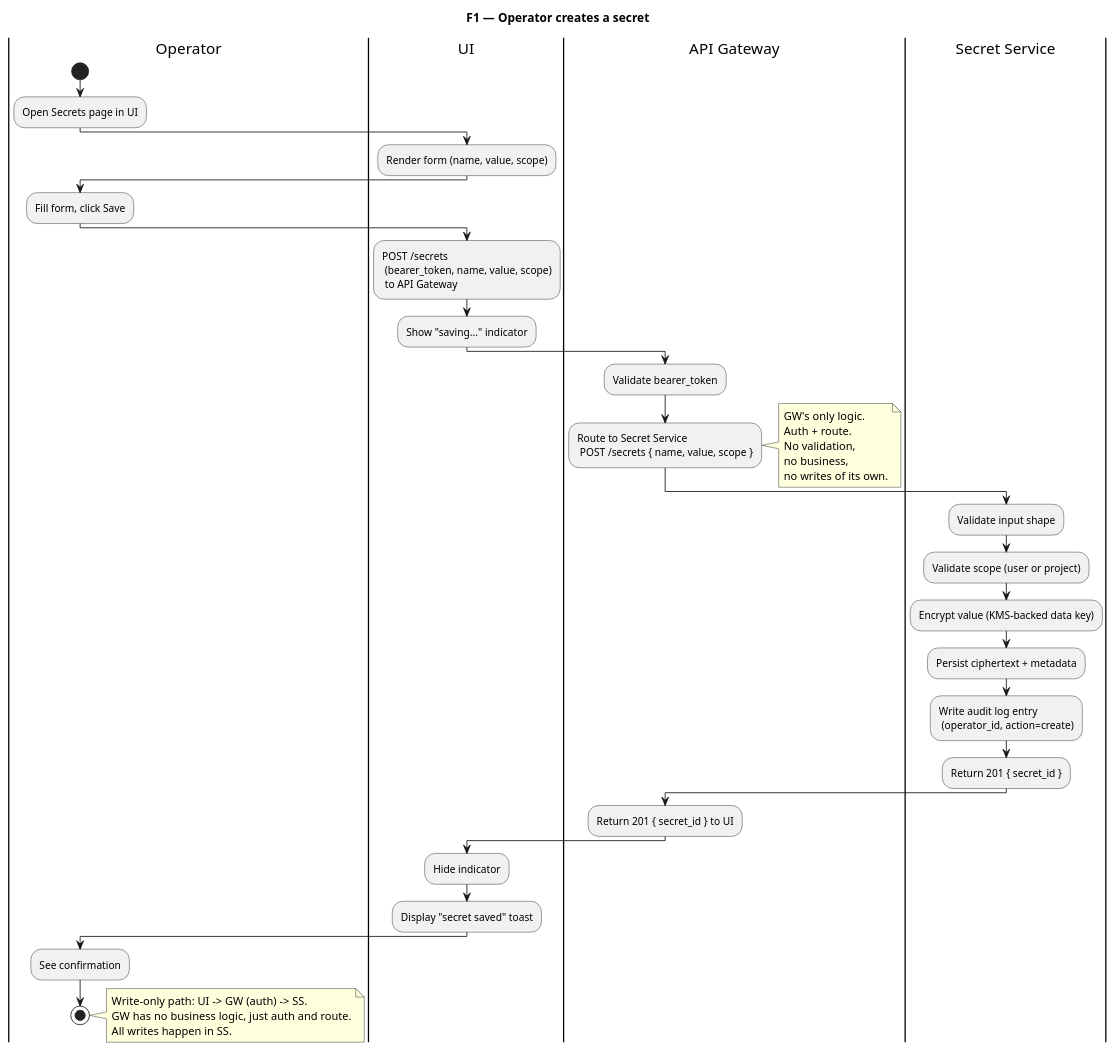
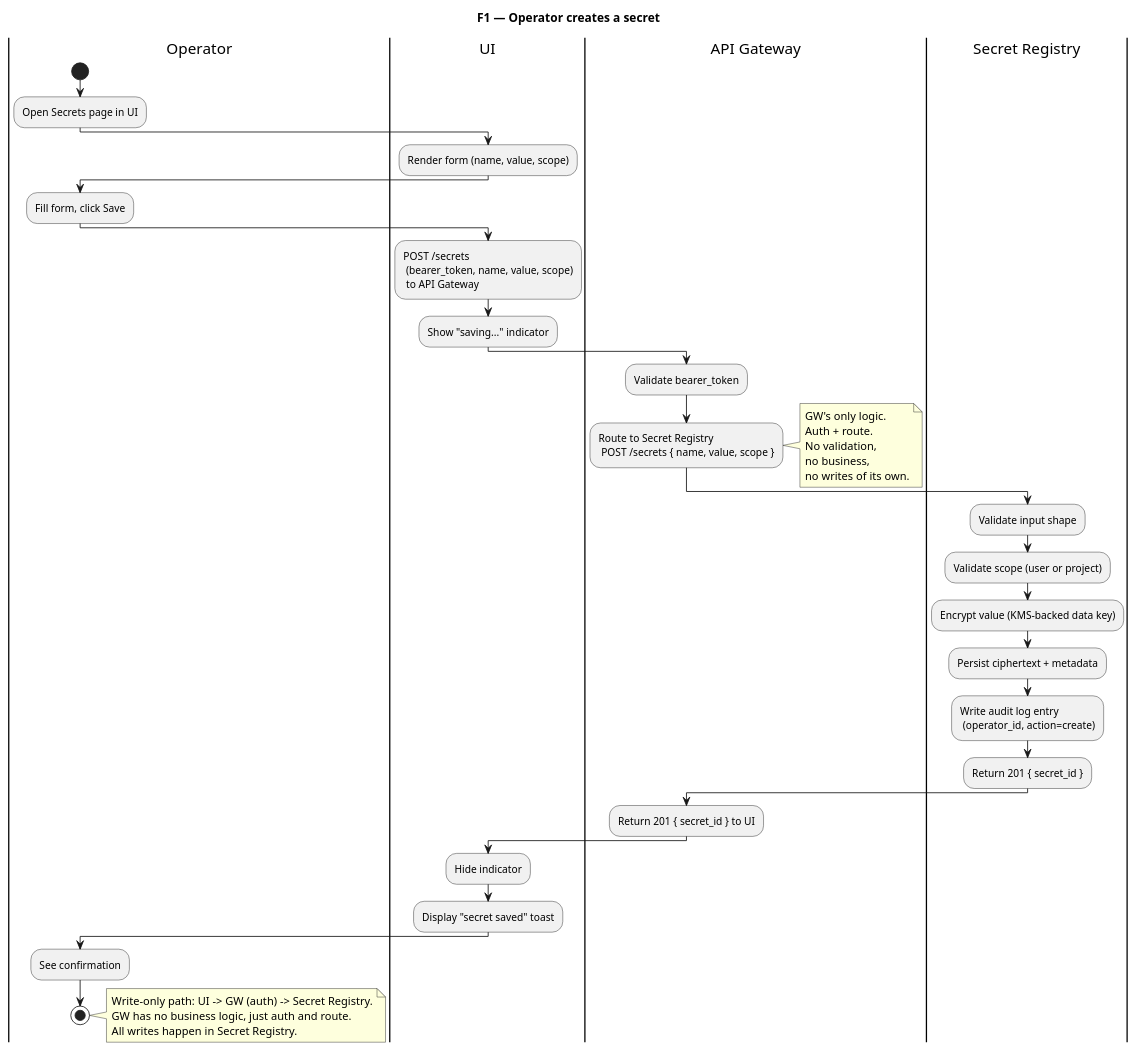
Before and after one commit to pandops/flowai: the diagram in docs/architecture/diagrams/f1-operator-creates-secret.puml, drawn with PlantUML. The commit also changed 5 other files, not shown here.

First line of the commit message:
docs(architecture): update setup flow diagrams

```diff
--- a/docs/architecture/diagrams/f1-operator-creates-secret.puml
+++ b/docs/architecture/diagrams/f1-operator-creates-secret.puml
@@ -1,59 +1,59 @@
 `@startuml f1-operator-creates-secret
 title F1 — Operator creates a secret
 
 |Operator|
 start
 :Open Secrets page in UI;
 
 |UI|
 :Render form (name, value, scope);
 
 |Operator|
 :Fill form, click Save;
 
 |UI|
 :POST /secrets
  (bearer_token, name, value, scope)
  to API Gateway;
 :Show "saving..." indicator;
 
 |API Gateway|
 :Validate bearer_token;
-:Route to Secret Service
+:Route to Secret Registry
  POST /secrets { name, value, scope };
 note right
   GW's only logic.
   Auth + route.
   No validation,
   no business,
   no writes of its own.
 end note
 
-|Secret Service|
+|Secret Registry|
 :Validate input shape;
 :Validate scope (user or project);
 :Encrypt value (KMS-backed data key);
 :Persist ciphertext + metadata;
 :Write audit log entry
  (operator_id, action=create);
 :Return 201 { secret_id };
 
 |API Gateway|
 :Return 201 { secret_id } to UI;
 
 |UI|
 :Hide indicator;
 :Display "secret saved" toast;
 
 |Operator|
 :See confirmation;
 
 stop
 
 note right
-  Write-only path: UI -> GW (auth) -> SS.
+  Write-only path: UI -> GW (auth) -> Secret Registry.
   GW has no business logic, just auth and route.
-  All writes happen in SS.
+  All writes happen in Secret Registry.
 end note
 
 @enduml
```
